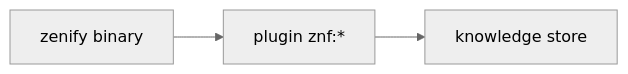
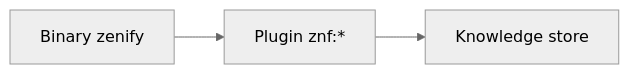
Before and after one commit to ZenifyAIContactCenter/zenify-kit: the diagram in website/index.md, drawn with Mermaid (neutral theme). The commit also changed other lines of this file and 16 other files, not shown here.

````diff
--- a/website/index.md
+++ b/website/index.md
@@ -28,4 +25,5 @@
 ```mermaid
 flowchart LR
-  A[zenify binary] --> B[plugin znf:*] --> C[knowledge store]
+  A["Binary zenify"] --> B["Plugin znf:*"] --> C["Knowledge store"]
+  class A,B,C action
 ```
````
